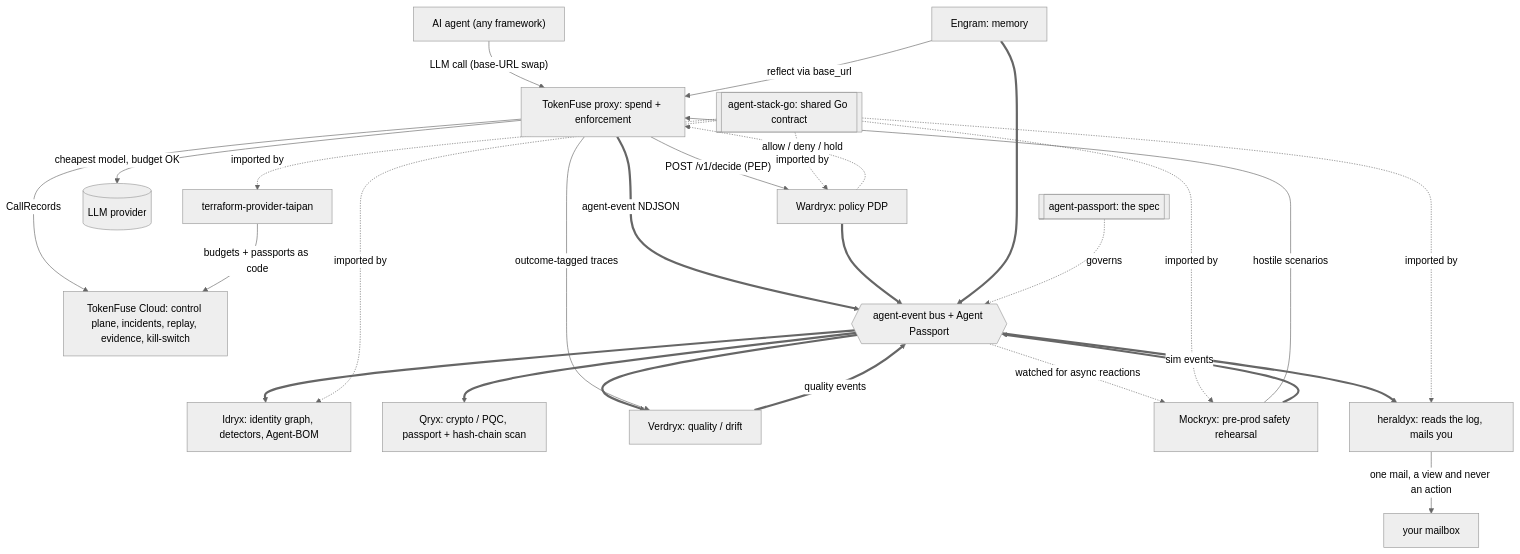
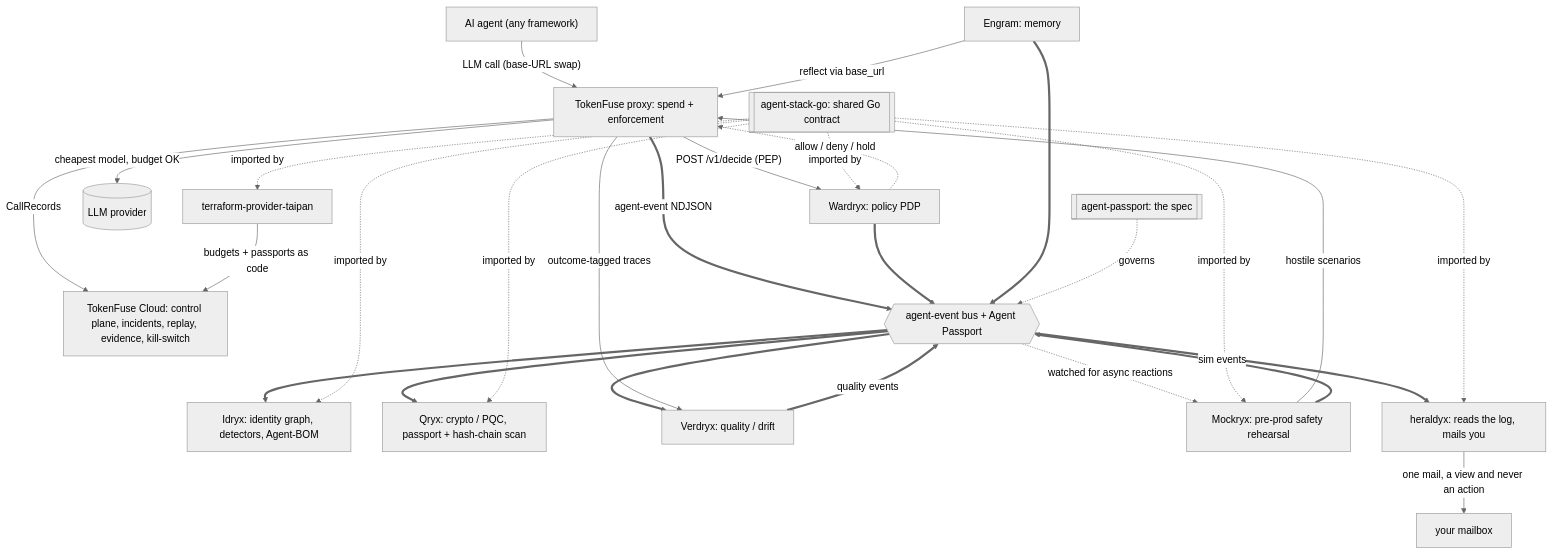
The diagram in README.md (TAIPANBOX/mockryx), drawn with Mermaid (neutral theme) before and after one commit.

Commit message:
docs: the shared diagram was missing an importer it has had all along (#13)
Qryx requires agent-stack-go v0.4.0 in its go.mod and the diagram drew no arrow
for it. Read against every sibling's go.mod, six repositories import that module:
idryx, wardryx, mockryx, terraform-provider-taipan, heraldyx and qryx. The
picture showed five.

One line, in the same surgical form as the heraldyx pass, so mockryx keeps the
extra line it added about itself and no other diagram text moves. It introduces
no mermaid construct that was not already rendering here.

Found while sweeping the stack READMEs for connection claims against code rather
than against each other. The same sweep found agent-stack-go's own prose calling
this a four-importer module and, worse, filing Qryx in the group that "speaks the
same language" instead of the group that imports the contract. That is fixed in
its own repository.

````diff
--- a/README.md
+++ b/README.md
@@ -61,29 +61,30 @@
 ```mermaid
 flowchart TB
   Agent["AI agent (any framework)"] -->|"LLM call (base-URL swap)"| TF["TokenFuse proxy: spend + enforcement"]
   TF -->|"POST /v1/decide (PEP)"| WX["Wardryx: policy PDP"]
   WX -.->|"allow / deny / hold"| TF
   TF -->|"cheapest model, budget OK"| LLM[("LLM provider")]
   TF -->|"CallRecords"| CL["TokenFuse Cloud: control plane, incidents, replay, evidence, kill-switch"]
   TF ==>|"agent-event NDJSON"| BUS{{"agent-event bus + Agent Passport"}}
   WX ==> BUS
   ENG["Engram: memory"] -->|"reflect via base_url"| TF
   ENG ==> BUS
   BUS ==> IDX["Idryx: identity graph, detectors, Agent-BOM"]
   BUS ==> QX["Qryx: crypto / PQC, passport + hash-chain scan"]
   BUS ==> VX["Verdryx: quality / drift"]
   VX ==>|"quality events"| BUS
   TF -->|"outcome-tagged traces"| VX
   MX["Mockryx: pre-prod safety rehearsal"] -->|"hostile scenarios"| TF
   MX ==>|"sim events"| BUS
   BUS ==> HX["heraldyx: reads the log, mails you"]
   HX -->|"one mail, a view and never an action"| OPS["your mailbox"]
   BUS -.->|"watched for async reactions"| MX
   TFP["terraform-provider-taipan"] -->|"budgets + passports as code"| CL
   ASG[["agent-stack-go: shared Go contract"]] -.->|imported by| IDX
   ASG -.->|imported by| WX
   ASG -.->|imported by| MX
   ASG -.->|imported by| TFP
   ASG -.->|imported by| HX
+  ASG -.->|imported by| QX
   SPEC[["agent-passport: the spec"]] -.->|governs| BUS
 ```
````
